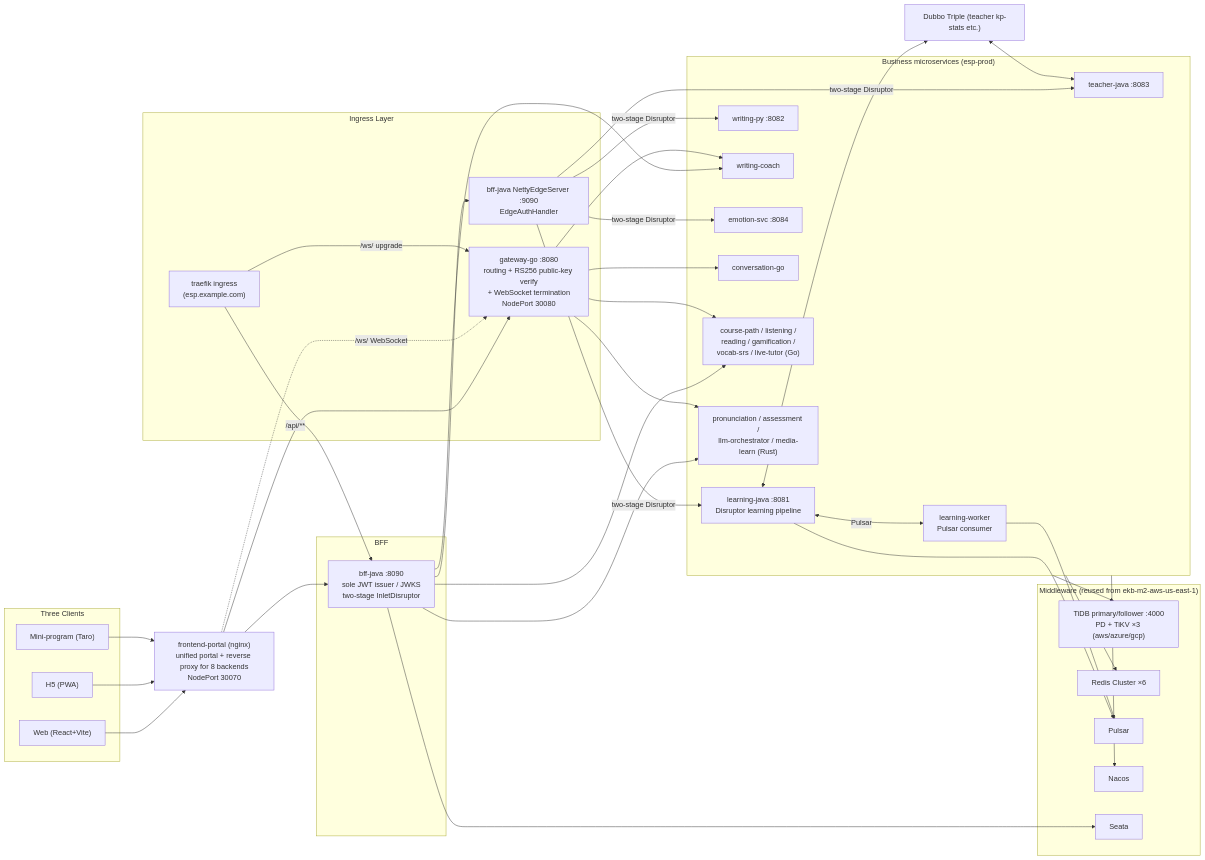
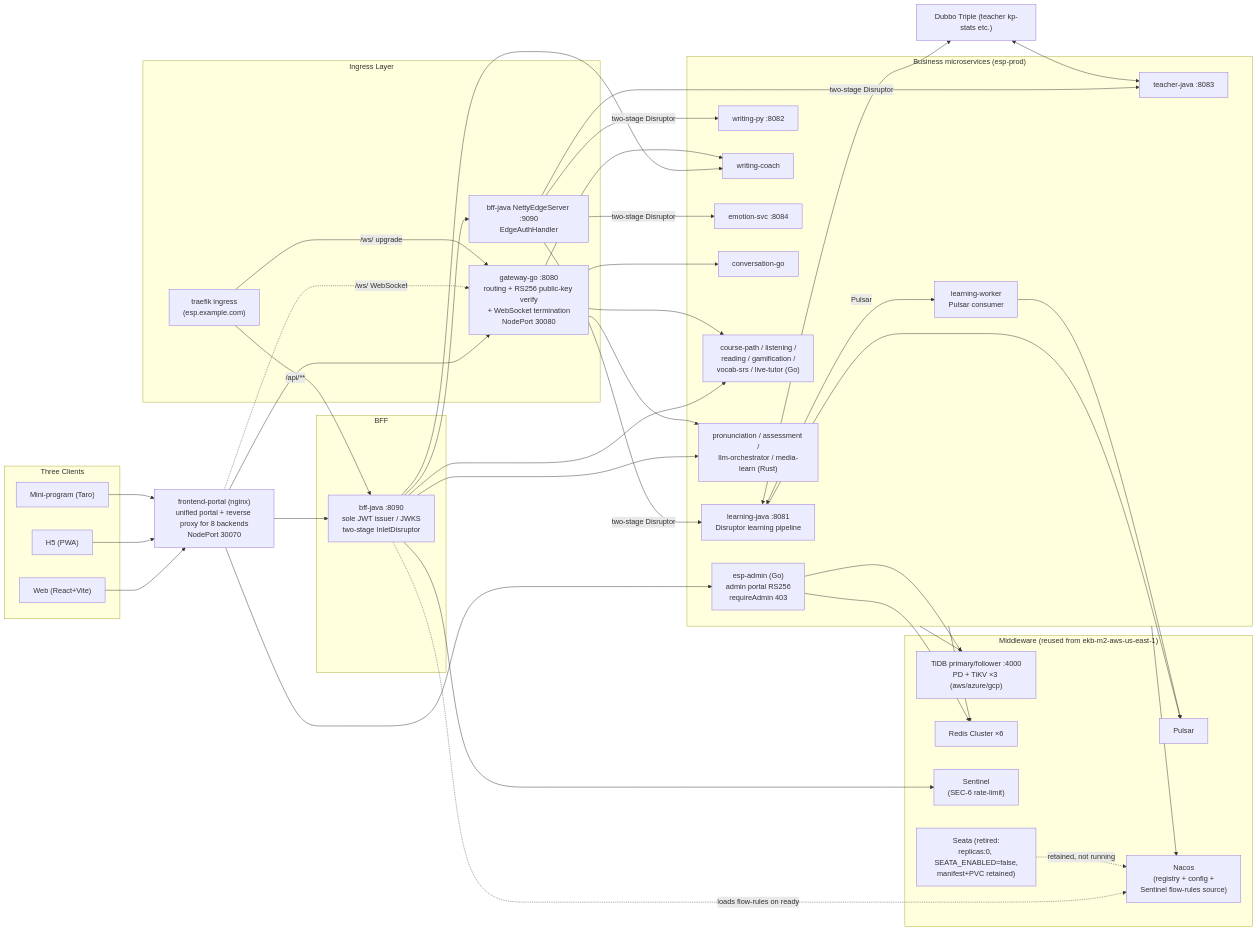
The first of 12 diagrams in README.md (tianqiongenze/English-Study-Platform), drawn with Mermaid before and after one commit. The commit also changed other lines of this file and 479 other files, not shown here.

````diff
--- a/README.md
+++ b/README.md
@@ -58,57 +72,62 @@
 ```mermaid
 flowchart LR
     subgraph Clients["Three Clients"]
         WEB["Web (React+Vite)"]
         H5["H5 (PWA)"]
         MP["Mini-program (Taro)"]
     end
 
     PORTAL["frontend-portal (nginx)<br/>unified portal + reverse proxy for 8 backends<br/>NodePort 30070"]
 
     subgraph Edge["Ingress Layer"]
         TRAEFIK["traefik ingress<br/>(esp.example.com)"]
         GW["gateway-go :8080<br/>routing + RS256 public-key verify<br/>+ WebSocket termination<br/>NodePort 30080"]
         EDGE["bff-java NettyEdgeServer :9090<br/>EdgeAuthHandler"]
     end
 
     subgraph BFF["BFF"]
         BFFJ["bff-java :8090<br/>sole JWT issuer / JWKS<br/>two-stage InletDisruptor"]
     end
 
     subgraph Services["Business microservices (esp-prod)"]
         LEARN["learning-java :8081<br/>Disruptor learning pipeline"]
         WORKER["learning-worker<br/>Pulsar consumer"]
         TEACH["teacher-java :8083"]
         WRITE["writing-py :8082"]
         WCOACH["writing-coach"]
         EMOT["emotion-svc :8084"]
         CONV["conversation-go"]
         GOSVC["course-path / listening /<br/>reading / gamification /<br/>vocab-srs / live-tutor (Go)"]
         RUSTSVC["pronunciation / assessment /<br/>llm-orchestrator / media-learn (Rust)"]
+        ADMIN["esp-admin (Go)<br/>admin portal RS256<br/>requireAdmin 403"]
     end
 
     subgraph MW["Middleware (reused from ekb-m2-aws-us-east-1)"]
         TIDB["TiDB primary/follower :4000<br/>PD + TiKV ×3 (aws/azure/gcp)"]
         REDIS["Redis Cluster ×6"]
         PULSAR["Pulsar"]
-        NACOS["Nacos"]
-        SEATA["Seata"]
+        NACOS["Nacos<br/>(registry + config +<br/>Sentinel flow-rules source)"]
+        SENTINEL["Sentinel<br/>(SEC-6 rate-limit)"]
+        SEATA["Seata (retired:<br/>replicas:0, SEATA_ENABLED=false,<br/>manifest+PVC retained)"]
     end
 
     DUBBO["Dubbo Triple (teacher kp-stats etc.)"]
 
     WEB & H5 & MP --> PORTAL
-    PORTAL --> GW & BFFJ
+    PORTAL --> GW & BFFJ & ADMIN
     PORTAL -.->|"/ws/ WebSocket"| GW
     TRAEFIK -->|"/api/**"| BFFJ
     TRAEFIK -->|"/ws/ upgrade"| GW
     BFFJ --> EDGE -->|"two-stage Disruptor"| LEARN & TEACH & WRITE & EMOT
     GW --> CONV
     BFFJ & GW --> GOSVC & RUSTSVC & WCOACH
     LEARN <-->|Pulsar| WORKER
     LEARN <--> DUBBO <--> TEACH
     Services --> TIDB & REDIS
     LEARN & WORKER --> PULSAR
     Services --> NACOS
-    BFFJ --> SEATA
+    BFFJ -.->|loads flow-rules on ready| NACOS
+    BFFJ --> SENTINEL
+    ADMIN --> TIDB & REDIS
+    SEATA -.->|retained, not running| NACOS
 ```
````
